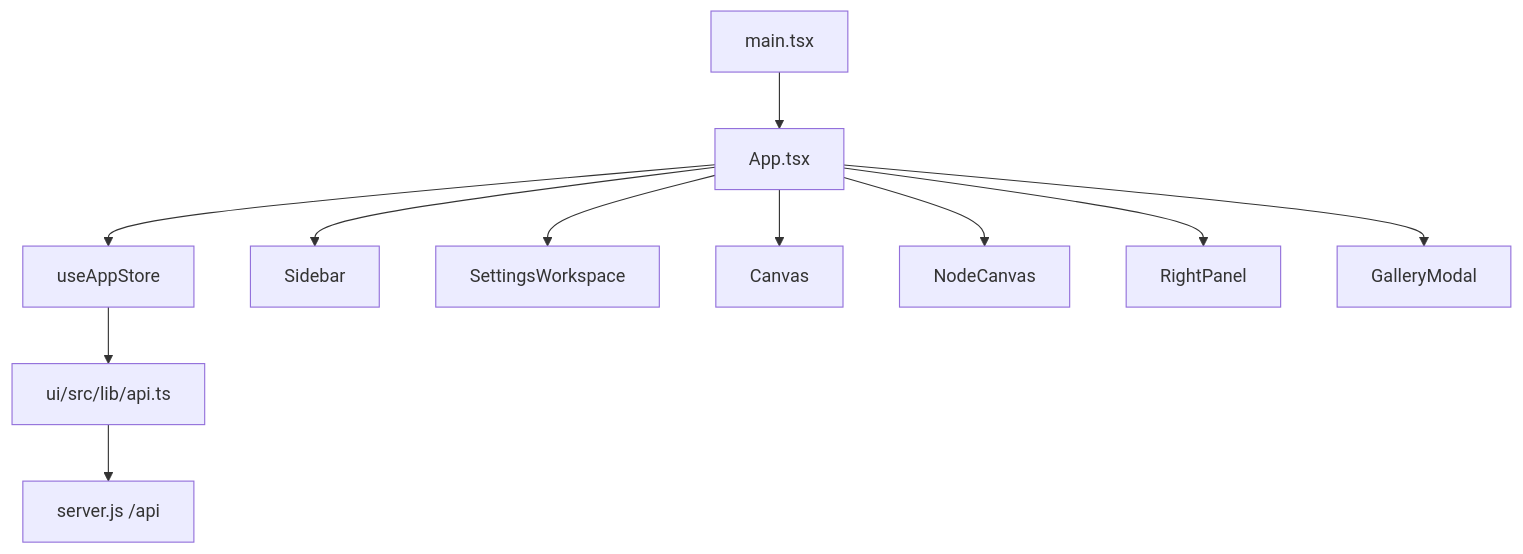
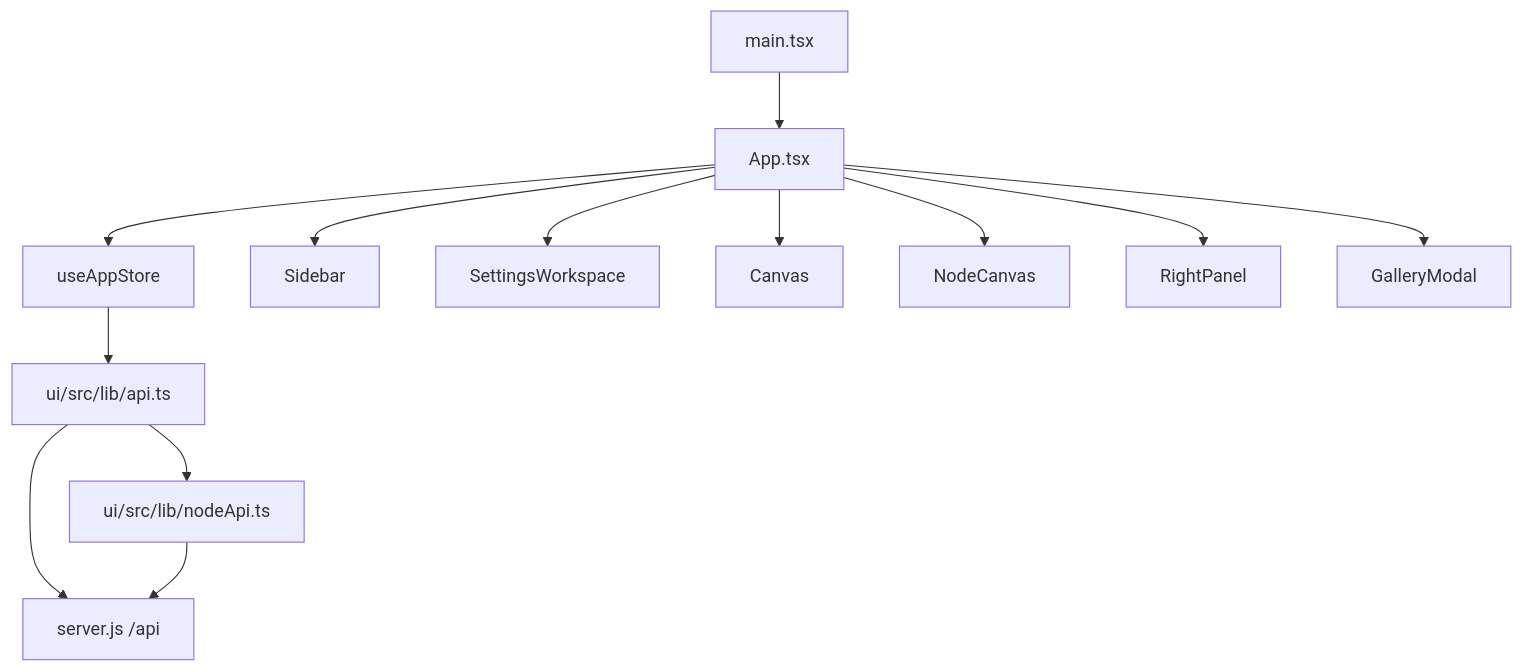
Before and after one commit to ChatPoongKun/ima2-gen: the diagram in structure/04-frontend-architecture.md, drawn with Mermaid. The commit also changed other lines of this file and 15 other files, not shown here.

````diff
--- a/structure/04-frontend-architecture.md
+++ b/structure/04-frontend-architecture.md
@@ -19,13 +19,15 @@
 ```mermaid
 graph TD
     MAIN["main.tsx"] --> APP["App.tsx"]
     APP --> STORE["useAppStore"]
     APP --> SIDEBAR["Sidebar"]
     APP --> SETTINGS["SettingsWorkspace"]
     APP --> CLASSIC["Canvas"]
     APP --> NODE["NodeCanvas"]
     APP --> RIGHT["RightPanel"]
     APP --> MODAL["GalleryModal"]
     STORE --> API["ui/src/lib/api.ts"]
+    API --> NODEAPI["ui/src/lib/nodeApi.ts"]
     API --> SERVER["server.js /api"]
+    NODEAPI --> SERVER
 ```
````
